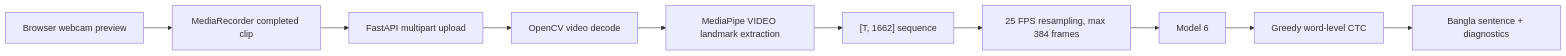
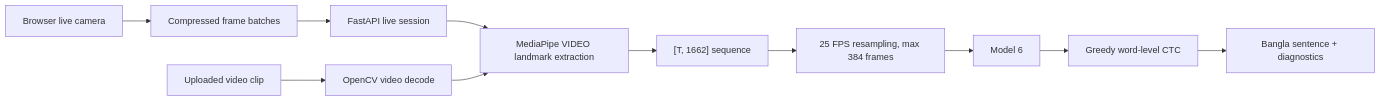
The diagram in README.md (Rajibkd1/Sign_language_real_time_prediction), drawn with Mermaid before and after one commit. The commit also changed other lines of this file and 47 other files, not shown here.

````diff
--- a/README.md
+++ b/README.md
@@ -15,12 +27,13 @@
 ```mermaid
 flowchart LR
-  A["Browser webcam preview"] --> B["MediaRecorder completed clip"]
-  B --> C["FastAPI multipart upload"]
-  C --> D["OpenCV video decode"]
-  D --> E["MediaPipe VIDEO landmark extraction"]
+  A["Browser live camera"] --> B["Compressed frame batches"]
+  B --> C["FastAPI live session"]
+  C --> E["MediaPipe VIDEO landmark extraction"]
+  U["Uploaded video clip"] --> D["OpenCV video decode"]
+  D --> E
   E --> F["[T, 1662] sequence"]
   F --> G["25 FPS resampling, max 384 frames"]
   G --> H["Model 6"]
   H --> I["Greedy word-level CTC"]
   I --> J["Bangla sentence + diagnostics"]
 ```
````
